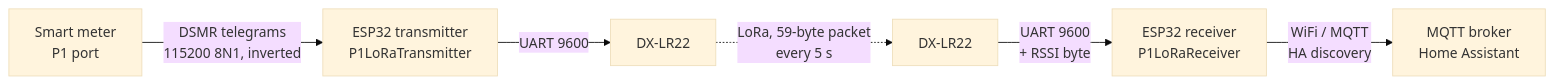
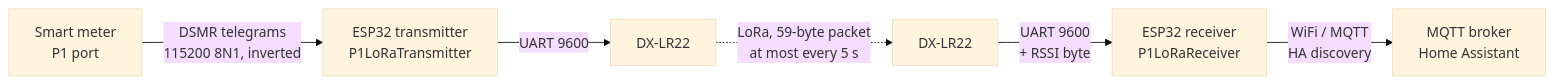
The diagram in README.md (t0mer/Zat), drawn with Mermaid (base theme) before and after one commit. The commit also changed other lines of this file, not shown here.

````diff
--- a/README.md
+++ b/README.md
@@ -58,8 +61,8 @@
 ```mermaid
 flowchart LR
     M[Smart meter<br/>P1 port] -- "DSMR telegrams<br/>115200 8N1, inverted" --> TX[ESP32 transmitter<br/>P1LoRaTransmitter]
     TX -- UART 9600 --> L1[DX-LR22]
-    L1 -. "LoRa, 59-byte packet<br/>every 5 s" .-> L2[DX-LR22]
+    L1 -. "LoRa, 59-byte packet<br/>at most every 5 s" .-> L2[DX-LR22]
     L2 -- "UART 9600<br/>+ RSSI byte" --> RX[ESP32 receiver<br/>P1LoRaReceiver]
     RX -- "WiFi / MQTT<br/>HA discovery" --> HA[MQTT broker<br/>Home Assistant]
 ```
````
